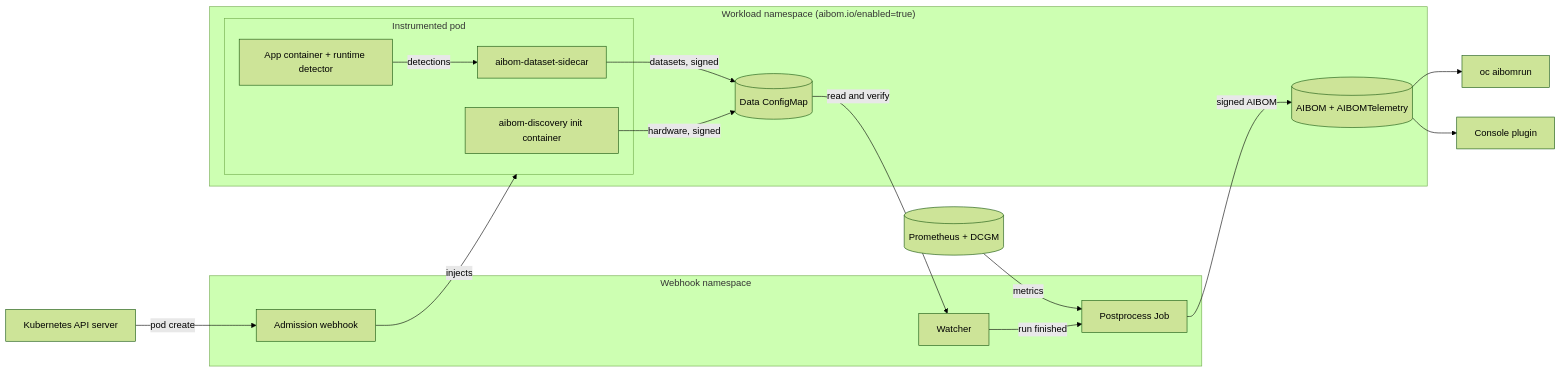
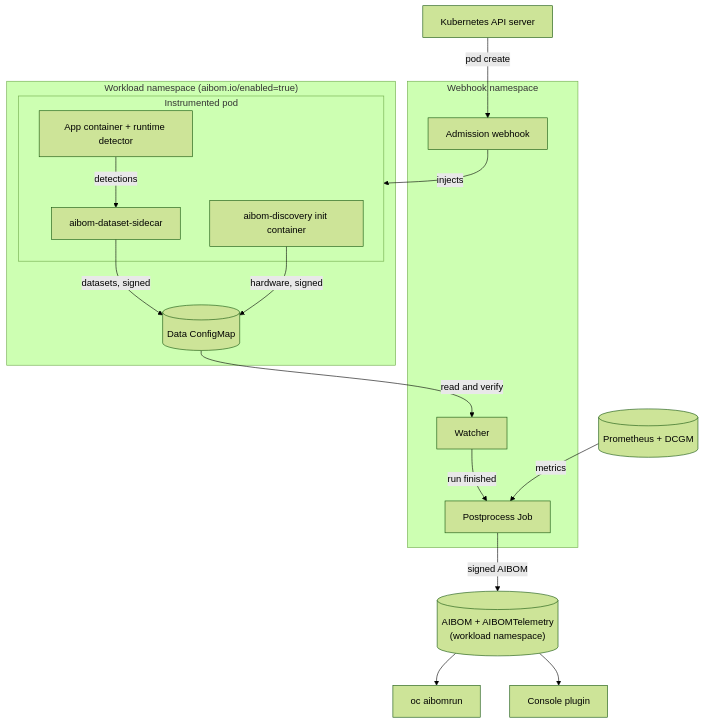
One commit to gavinsan33/project-aibom changed the diagram in docs/index.md. Above: the diagram before and after it, drawn with Mermaid (forest theme).

Commit message:
Make the architecture diagram vertical and move it below the steps

````diff
--- a/docs/index.md
+++ b/docs/index.md
@@ -18,36 +22,37 @@
 ```mermaid
-flowchart LR
+flowchart TB
     api["Kubernetes API server"]
     prom[("Prometheus + DCGM")]
 
     subgraph whns["Webhook namespace"]
         webhook["Admission webhook"]
         watcher["Watcher"]
         post["Postprocess Job"]
     end
 
     subgraph wlns["Workload namespace (aibom.io/enabled=true)"]
         subgraph pod["Instrumented pod"]
             disc["aibom-discovery init container"]
             app["App container + runtime detector"]
             side["aibom-dataset-sidecar"]
         end
         cm[("Data ConfigMap")]
-        aibom[("AIBOM + AIBOMTelemetry")]
     end
+
+    aibom[("AIBOM + AIBOMTelemetry<br/>(workload namespace)")]
 
     cli["oc aibomrun"]
     console["Console plugin"]
 
     api -- "pod create" --> webhook
     webhook -- "injects" --> pod
     disc -- "hardware, signed" --> cm
     app -- "detections" --> side
     side -- "datasets, signed" --> cm
     cm -- "read and verify" --> watcher
     watcher -- "run finished" --> post
     prom -- "metrics" --> post
     post -- "signed AIBOM" --> aibom
     aibom --> cli
     aibom --> console
 ```
````
